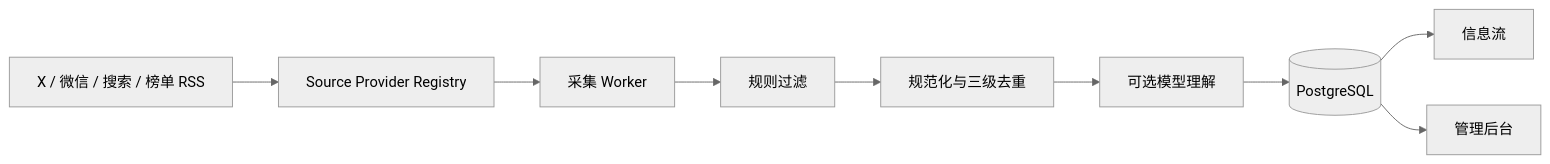
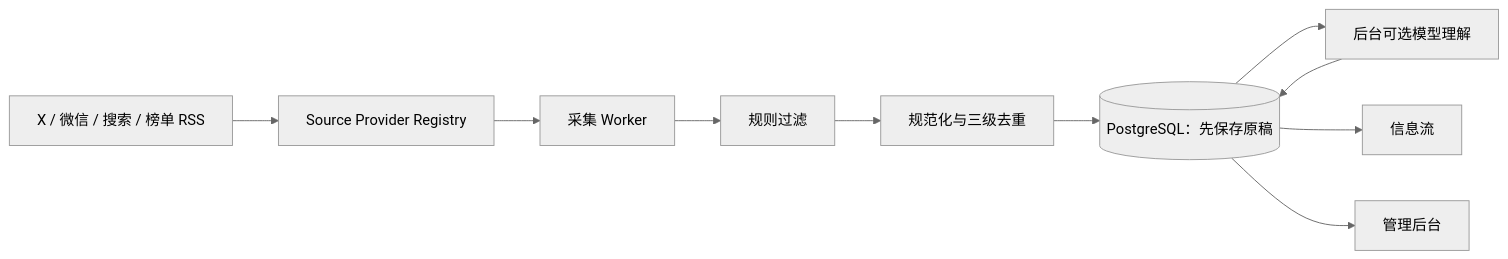
Before and after one commit to workagi/jianwei: the diagram in README.md, drawn with Mermaid (neutral theme). The commit also changed other lines of this file and 133 other files, not shown here.

````diff
--- a/README.md
+++ b/README.md
@@ -239,11 +243,12 @@
 ```mermaid
 flowchart LR
     Sources["X / 微信 / 搜索 / 榜单 RSS"] --> Provider["Source Provider Registry"]
     Provider --> Worker["采集 Worker"]
     Worker --> Rules["规则过滤"]
     Rules --> Dedupe["规范化与三级去重"]
-    Dedupe --> Model["可选模型理解"]
-    Model --> DB[("PostgreSQL")]
+    Dedupe --> DB[("PostgreSQL：先保存原稿")]
+    DB --> Model["后台可选模型理解"]
+    Model --> DB
     DB --> Reader["信息流"]
     DB --> Admin["管理后台"]
 ```
````
